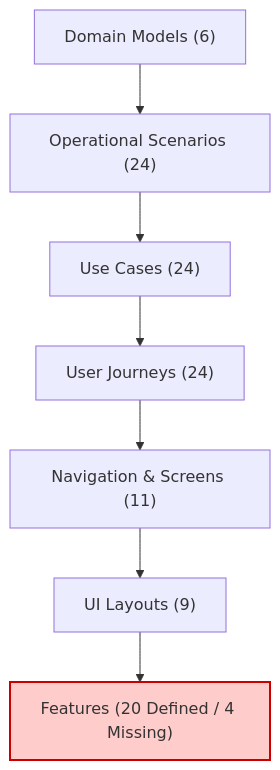
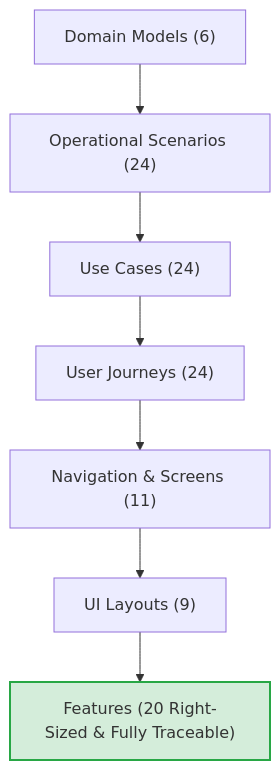
The diagram in operational/features/feature-review-report.md (smart-ics/b20-agentic-dev), drawn with Mermaid before and after one commit. The commit also changed other lines of this file and 1 other file, not shown here.

Commit message:
Features Discovery Remediation

````diff
--- a/operational/features/feature-review-report.md
+++ b/operational/features/feature-review-report.md
@@ -14,11 +21,11 @@
 ```mermaid
 flowchart TD
     D["Domain Models (6)"] --> S["Operational Scenarios (24)"]
     S --> UC["Use Cases (24)"]
     UC --> UJ["User Journeys (24)"]
     UJ --> NAV["Navigation & Screens (11)"]
     NAV --> UI["UI Layouts (9)"]
-    UI --> F["Features (20 Defined / 4 Missing)"]
+    UI --> F["Features (20 Right-Sized & Fully Traceable)"]
 
-    style F fill:#ffcccc,stroke:#cc0000,stroke-width:2px
+    style F fill:#d4edda,stroke:#28a745,stroke-width:2px
 ```
````
